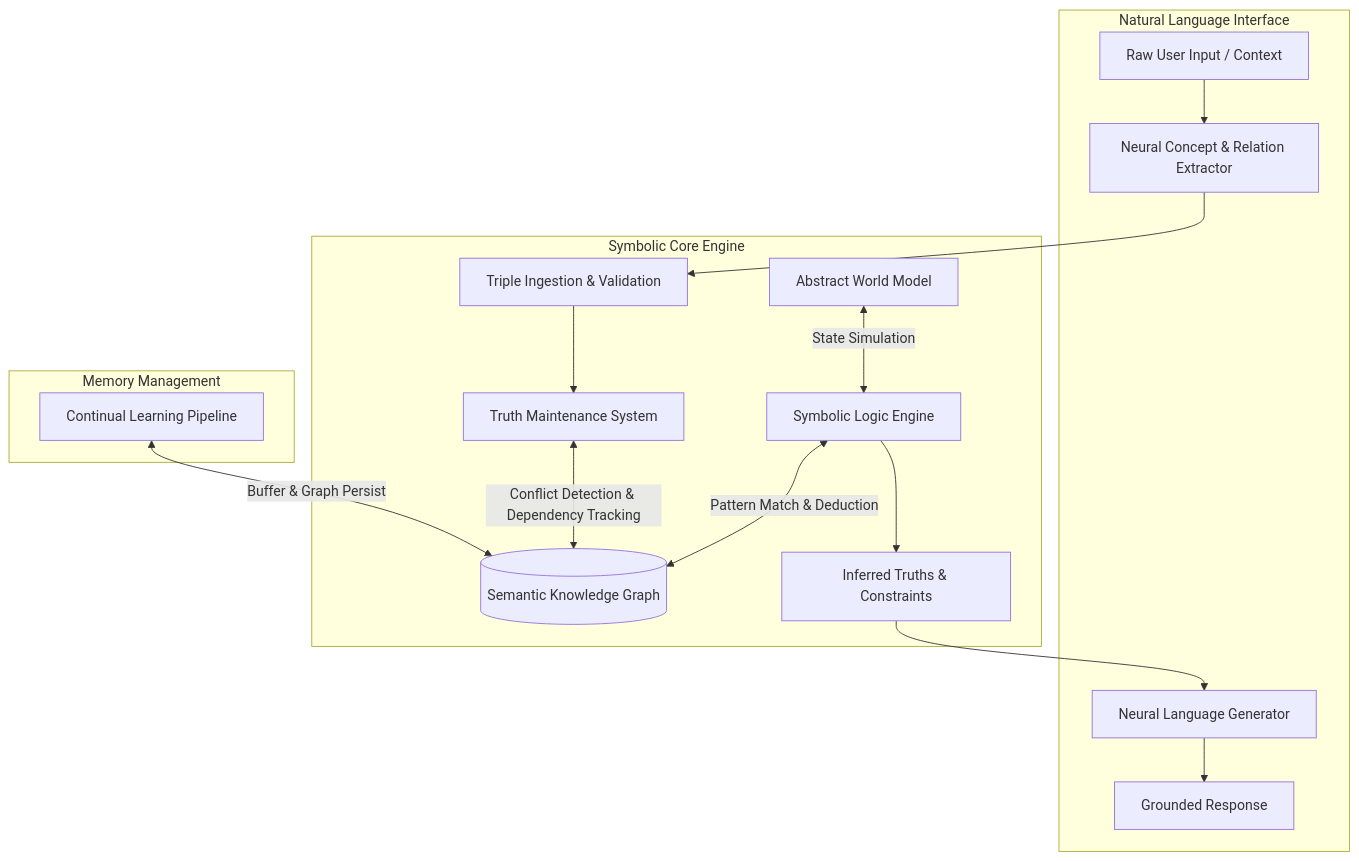
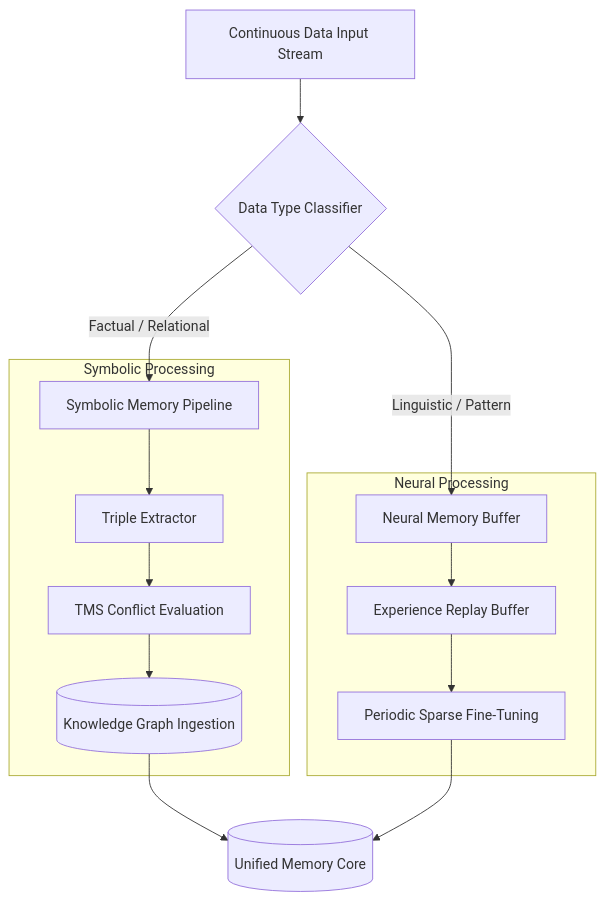
One commit to DudeSquad999/Prism-Ai changed the seventh of 8 diagrams in README.md. Above: the diagram before and after it, drawn with Mermaid. The commit also changed other lines of this file, not shown here.

````diff
--- a/README.md
+++ b/README.md
@@ -23,25 +263,22 @@
 ```mermaid
 flowchart TD
-    subgraph Natural Language Interface
-        Input[Raw User Input / Context] --> Parser[Neural Concept & Relation Extractor]
-        Generator[Neural Language Generator] --> Output[Grounded Response]
+    Stream[Continuous Data Input Stream] --> Router{Data Type Classifier}
+    
+    Router -->|Factual / Relational| SymbolicPath[Symbolic Memory Pipeline]
+    Router -->|Linguistic / Pattern| NeuralPath[Neural Memory Buffer]
+
+    subgraph Symbolic Processing
+        SymbolicPath --> Parser[Triple Extractor]
+        Parser --> TMSEngine[TMS Conflict Evaluation]
+        TMSEngine --> KGUpdate[(Knowledge Graph Ingestion)]
     end
 
-    subgraph Symbolic Core Engine
-        Parser --> TriplePipeline[Triple Ingestion & Validation]
-        
-        TriplePipeline --> TMS[Truth Maintenance System]
-        TMS <-->|Conflict Detection & Dependency Tracking| KG[(Semantic Knowledge Graph)]
-        
-        LogicEngine[Symbolic Logic Engine] <-->|Pattern Match & Deduction| KG
-        WorldModel[Abstract World Model] <-->|State Simulation| LogicEngine
-        
-        LogicEngine --> Deduction[Inferred Truths & Constraints]
-        Deduction --> Generator
+    subgraph Neural Processing
+        NeuralPath --> ReplayBuffer[Experience Replay Buffer]
+        ReplayBuffer --> ParametricUpdate[Periodic Sparse Fine-Tuning]
     end
 
-    subgraph Memory Management
-        CLP[Continual Learning Pipeline] <-->|Buffer & Graph Persist| KG
-    end
+    KGUpdate --> SyncedState[(Unified Memory Core)]
+    ParametricUpdate --> SyncedState
 
 ```
````
